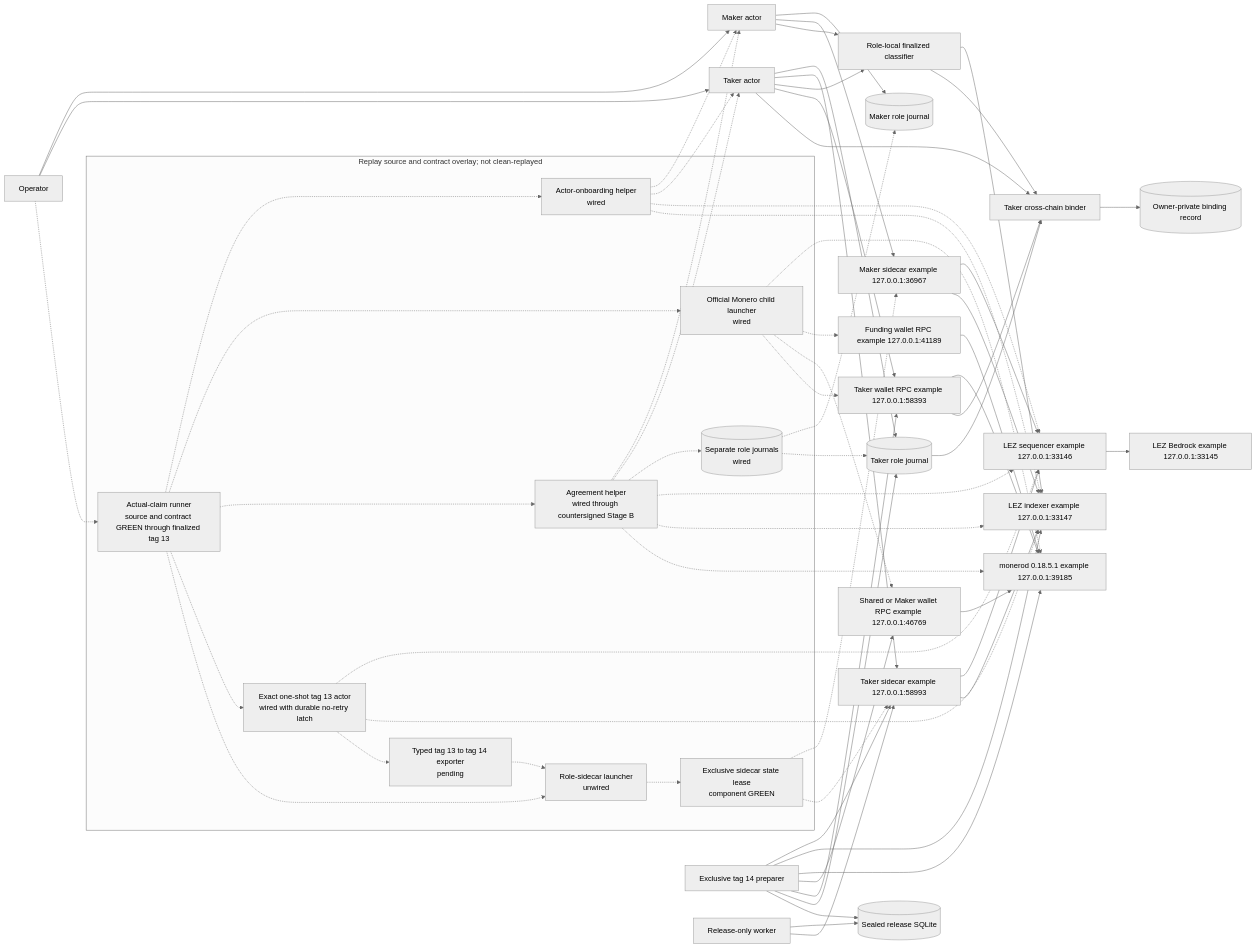
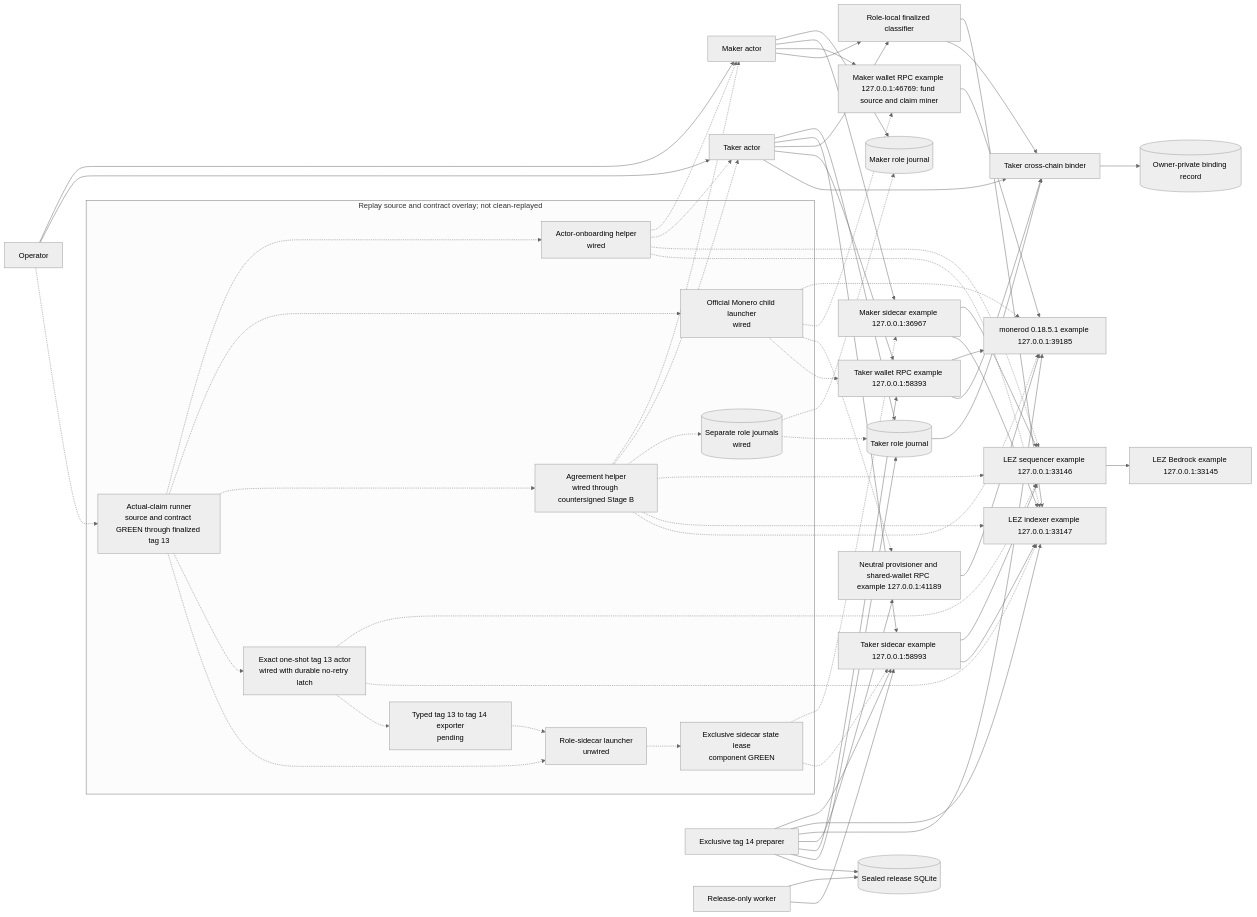
Before and after one commit to gateway-fm/lez-atomic-swaps: the third of 20 diagrams in docs/architecture/deployment-components-and-rpcs.md, drawn with Mermaid (neutral theme). The commit also changed other lines of this file and 17 other files, not shown here.

```diff
--- a/docs/architecture/deployment-components-and-rpcs.md
+++ b/docs/architecture/deployment-components-and-rpcs.md
@@ -256,8 +256,8 @@
     Indexer["LEZ indexer example 127.0.0.1:33147"]
     Bedrock["LEZ Bedrock example 127.0.0.1:33145"]
     Monerod["monerod 0.18.5.1 example 127.0.0.1:39185"]
-    FundingWallet["Funding wallet RPC example 127.0.0.1:41189"]
-    SharedWallet["Shared or Maker wallet RPC example 127.0.0.1:46769"]
+    MakerWallet["Maker wallet RPC example 127.0.0.1:46769: fund source and claim miner"]
+    SharedWallet["Neutral provisioner and shared-wallet RPC example 127.0.0.1:41189"]
     TakerWallet["Taker wallet RPC example 127.0.0.1:58393"]
     ReleaseDb[("Sealed release SQLite")]
     MakerJournal[("Maker role journal")]
@@ -275,7 +275,7 @@
     OnboardingHelper -.-> Indexer
     ReplayRunner -.-> MoneroChild
     MoneroChild -.-> Monerod
-    MoneroChild -.-> FundingWallet
+    MoneroChild -.-> MakerWallet
     MoneroChild -.-> SharedWallet
     MoneroChild -.-> TakerWallet
     ReplayRunner -.-> AgreementHelper
@@ -306,7 +306,7 @@
     Classifier --> Indexer
     TakerSidecar --> Indexer
     MakerSidecar --> Indexer
-    FundingWallet --> Monerod
+    MakerWallet --> Monerod
     SharedWallet --> Monerod
     TakerWallet --> Monerod
     Preparer --> TakerSidecar
@@ -318,6 +318,7 @@
     Preparer --> ReleaseDb
     Worker --> ReleaseDb
     Worker --> TakerSidecar
+    Maker --> MakerWallet
     Maker --> Classifier
     Taker --> Classifier
     Taker --> TakerWallet
```
